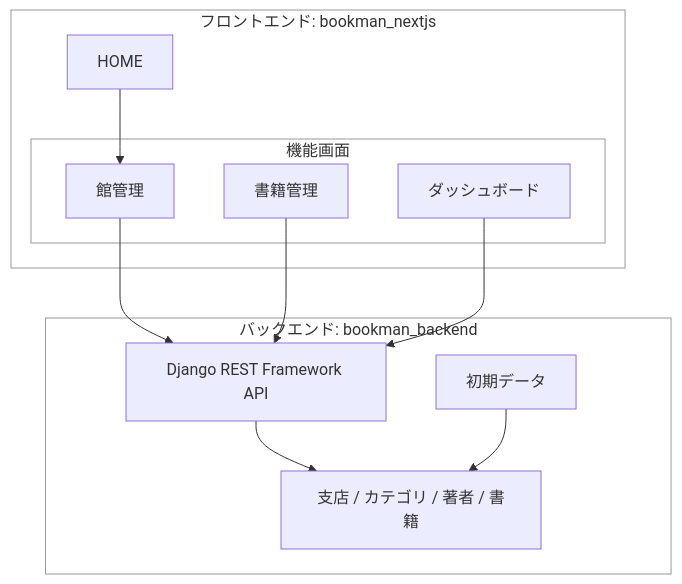
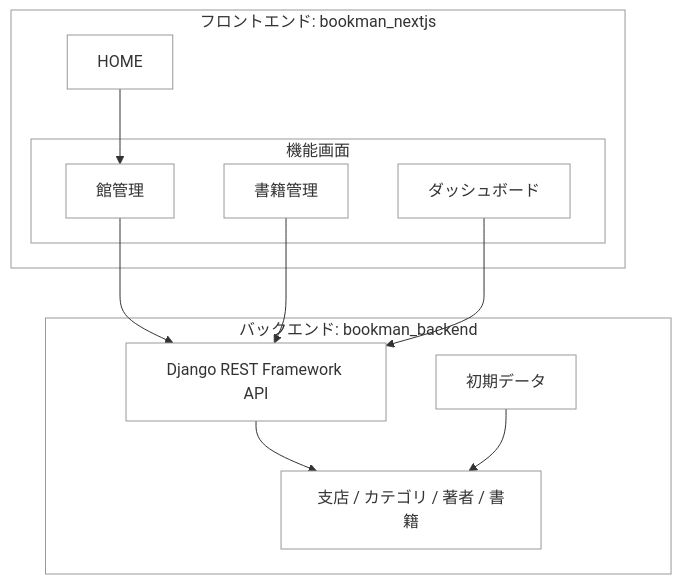
The diagram in docs/qiita/bookman_drf_nextjs.md (duri0214/portfolio), drawn with Mermaid before and after one commit.

Commit message:
872 Align overview diagram node colors

````diff
--- a/docs/qiita/bookman_drf_nextjs.md
+++ b/docs/qiita/bookman_drf_nextjs.md
@@ -36,28 +36,35 @@
 ```mermaid
 graph TB
   subgraph frontend[フロントエンド: bookman_nextjs]
     home[HOME]
     subgraph screens[機能画面]
       branch[館管理]
       book[書籍管理]
       dashboard[ダッシュボード]
     end
   end
 
   subgraph backend[バックエンド: bookman_backend]
     drf[Django REST Framework API]
     models[支店 / カテゴリ / 著者 / 書籍]
     fixtures[初期データ]
   end
 
   home --> branch
   branch --> drf
   book --> drf
   dashboard --> drf
   drf --> models
   fixtures --> models
 
   style frontend fill:#ffffff,stroke:#999999,stroke-width:1px
   style screens fill:#ffffff,stroke:#999999,stroke-width:1px
   style backend fill:#ffffff,stroke:#999999,stroke-width:1px
+  style home fill:#ffffff,stroke:#999999,stroke-width:1px
+  style branch fill:#ffffff,stroke:#999999,stroke-width:1px
+  style book fill:#ffffff,stroke:#999999,stroke-width:1px
+  style dashboard fill:#ffffff,stroke:#999999,stroke-width:1px
+  style drf fill:#ffffff,stroke:#999999,stroke-width:1px
+  style models fill:#ffffff,stroke:#999999,stroke-width:1px
+  style fixtures fill:#ffffff,stroke:#999999,stroke-width:1px
 ```
````
